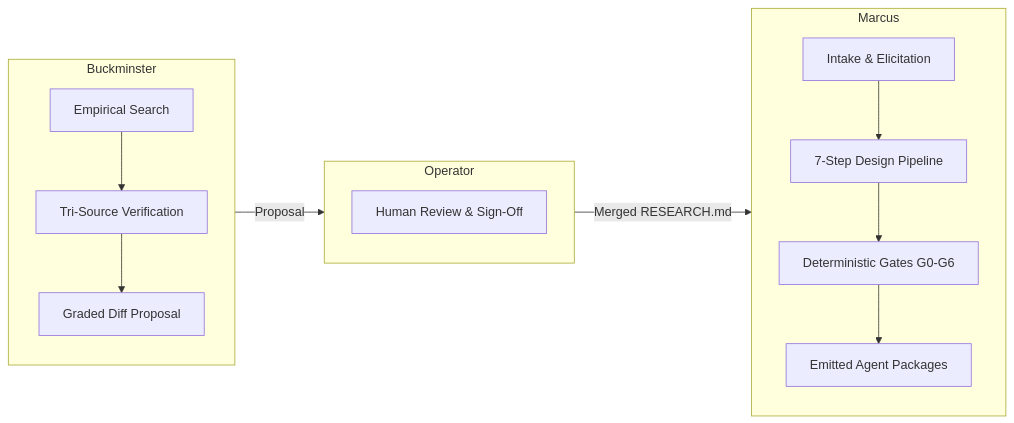
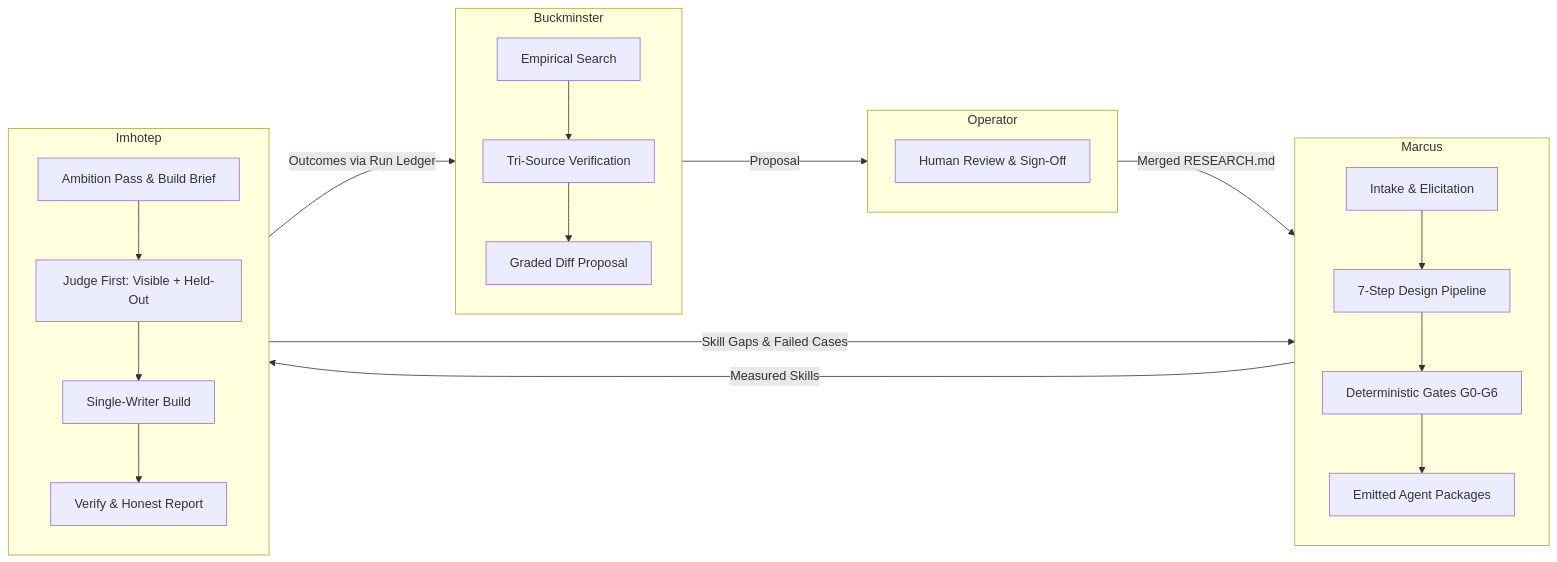
Before and after one commit to syst0m/demiurge: the diagram in docs/OPERATING_GUIDE.md, drawn with Mermaid. The commit also changed other lines of this file and 24 other files, not shown here.

````diff
--- a/docs/OPERATING_GUIDE.md
+++ b/docs/OPERATING_GUIDE.md
@@ -18,22 +18,32 @@
 ```mermaid
 flowchart LR
     subgraph Research [Buckminster]
         direction TB
         B1[Empirical Search] --> B2[Tri-Source Verification]
         B2 --> B3[Graded Diff Proposal]
     end
 
     subgraph Governance [Operator]
         H[Human Review & Sign-Off]
     end
 
     subgraph Synthesis [Marcus]
         direction TB
         M1[Intake & Elicitation] --> M2[7-Step Design Pipeline]
         M2 --> M3[Deterministic Gates G0-G6]
         M3 --> M4[Emitted Agent Packages]
     end
 
+    subgraph Build [Imhotep]
+        direction TB
+        I1[Ambition Pass & Build Brief] --> I2[Judge First: Visible + Held-Out]
+        I2 --> I3[Single-Writer Build]
+        I3 --> I4[Verify & Honest Report]
+    end
+
     Research -->|Proposal| Governance
     Governance -->|Merged RESEARCH.md| Synthesis
+    Synthesis -->|Measured Skills| Build
+    Build -->|Outcomes via Run Ledger| Research
+    Build -->|Skill Gaps & Failed Cases| Synthesis
 ```
````
